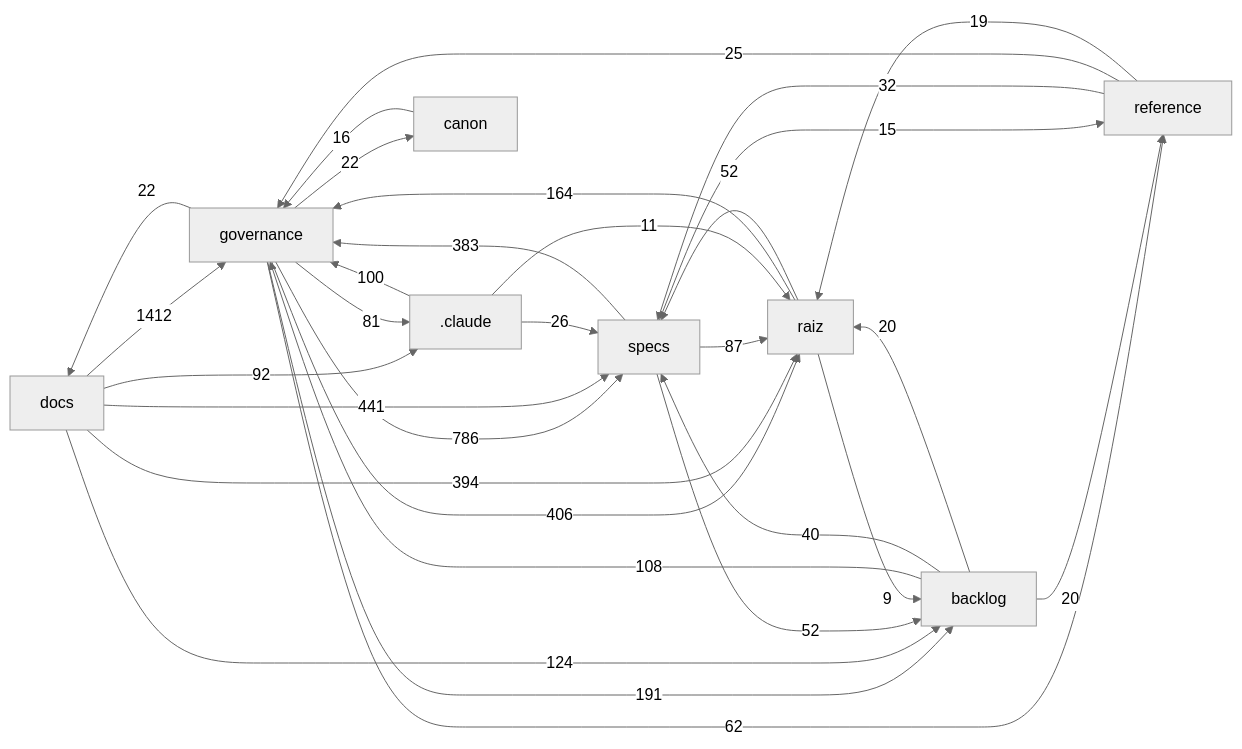
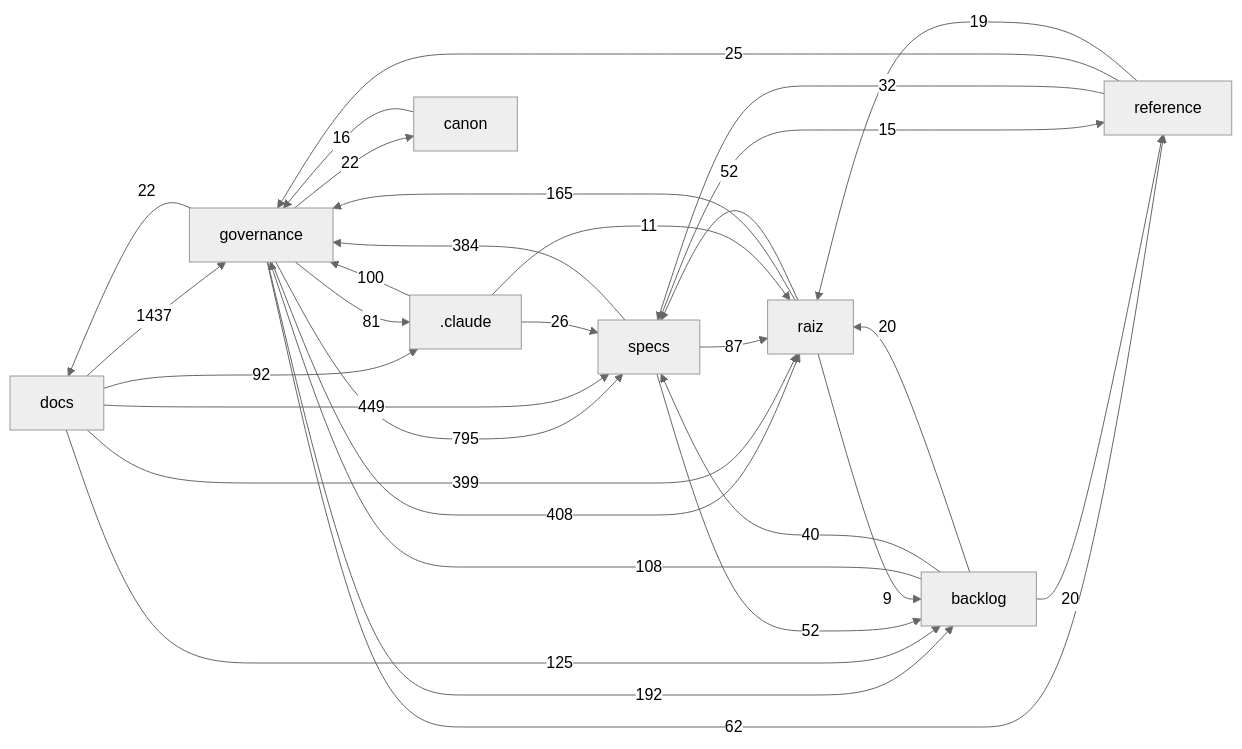
The diagram in docs/mapa/MAPA-PROJETO.md (Andraus35/Sistema-Operacional-de-Trading--SOT), drawn with Mermaid (neutral theme) before and after one commit. The commit also changed other lines of this file and 7 other files, not shown here.

First line of the commit message:
DHR-SPEC048-002: Plan da SPEC-048 v1.4 HOMOLOGADO (baseline); ROADMAP, CATALOGO, plan.md; HANDOFF HO-86

````diff
--- a/docs/mapa/MAPA-PROJETO.md
+++ b/docs/mapa/MAPA-PROJETO.md
@@ -29,33 +29,33 @@
 ```mermaid
 flowchart LR
-  docs["docs"] -->|1412| governance["governance"]
-  governance["governance"] -->|786| specs["specs"]
-  docs["docs"] -->|441| specs["specs"]
-  governance["governance"] -->|406| raiz["raiz"]
-  docs["docs"] -->|394| raiz["raiz"]
-  specs["specs"] -->|383| governance["governance"]
-  governance["governance"] -->|191| backlog["backlog"]
-  raiz["raiz"] -->|164| governance["governance"]
-  docs["docs"] -->|124| backlog["backlog"]
+  docs["docs"] -->|1437| governance["governance"]
+  governance["governance"] -->|795| specs["specs"]
+  docs["docs"] -->|449| specs["specs"]
+  governance["governance"] -->|408| raiz["raiz"]
+  docs["docs"] -->|399| raiz["raiz"]
+  specs["specs"] -->|384| governance["governance"]
+  governance["governance"] -->|192| backlog["backlog"]
+  raiz["raiz"] -->|165| governance["governance"]
+  docs["docs"] -->|125| backlog["backlog"]
   backlog["backlog"] -->|108| governance["governance"]
   _claude[".claude"] -->|100| governance["governance"]
   docs["docs"] -->|92| _claude[".claude"]
   specs["specs"] -->|87| raiz["raiz"]
   governance["governance"] -->|81| _claude[".claude"]
   governance["governance"] -->|62| reference["reference"]
   raiz["raiz"] -->|52| specs["specs"]
   specs["specs"] -->|52| backlog["backlog"]
   backlog["backlog"] -->|40| specs["specs"]
   reference["reference"] -->|32| specs["specs"]
   _claude[".claude"] -->|26| specs["specs"]
   reference["reference"] -->|25| governance["governance"]
   governance["governance"] -->|22| docs["docs"]
   governance["governance"] -->|22| canon["canon"]
   backlog["backlog"] -->|20| raiz["raiz"]
   backlog["backlog"] -->|20| reference["reference"]
   reference["reference"] -->|19| raiz["raiz"]
   canon["canon"] -->|16| governance["governance"]
   specs["specs"] -->|15| reference["reference"]
   _claude[".claude"] -->|11| raiz["raiz"]
   raiz["raiz"] -->|9| backlog["backlog"]
 ```
````
